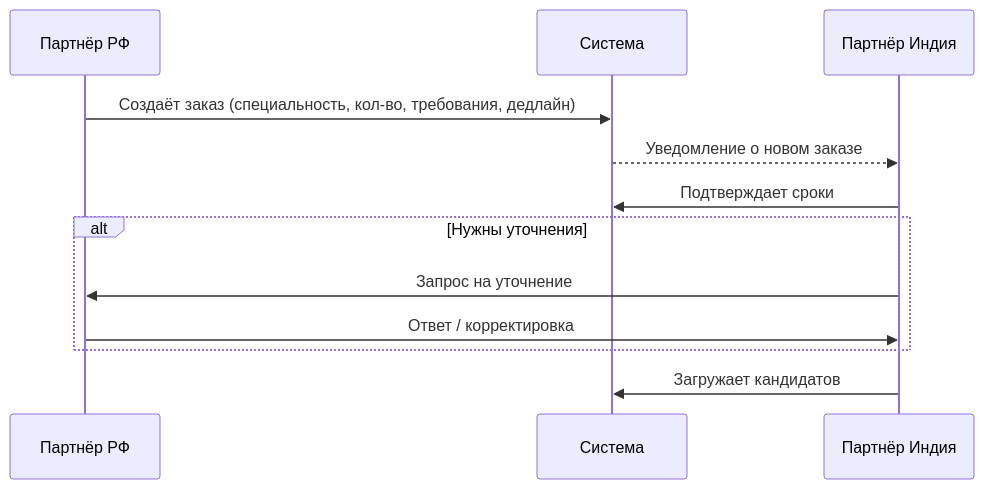
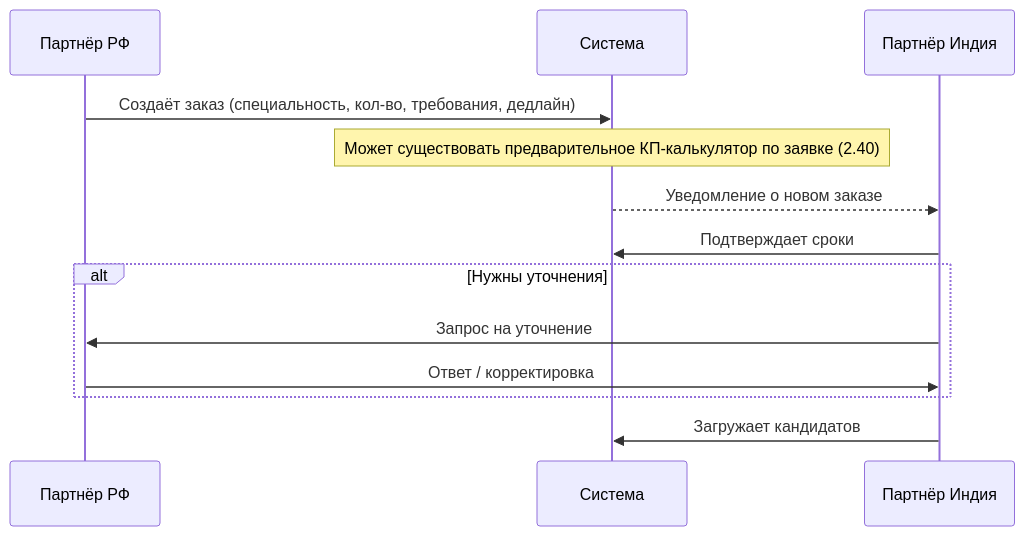
One commit to dan-rozhkov/indian-platform-docs changed the first of 2 diagrams in processes/Передача задачи Индии.md. Above: the diagram before and after it, drawn with Mermaid. The commit also changed other lines of this file and 24 other files, not shown here.

````diff
--- a/processes/Передача задачи Индии.md
+++ b/processes/Передача задачи Индии.md
@@ -9,15 +9,16 @@
 ```mermaid
 sequenceDiagram
   participant RF as Партнёр РФ
   participant System as Система
   participant India as Партнёр Индия
 
   RF->>System: Создаёт заказ (специальность, кол-во, требования, дедлайн)
+  Note over System: Может существовать предварительное КП-калькулятор по заявке (2.40)
   System-->>India: Уведомление о новом заказе
   India->>System: Подтверждает сроки
   alt Нужны уточнения
     India->>RF: Запрос на уточнение
     RF->>India: Ответ / корректировка
   end
   India->>System: Загружает кандидатов
 ```
````
